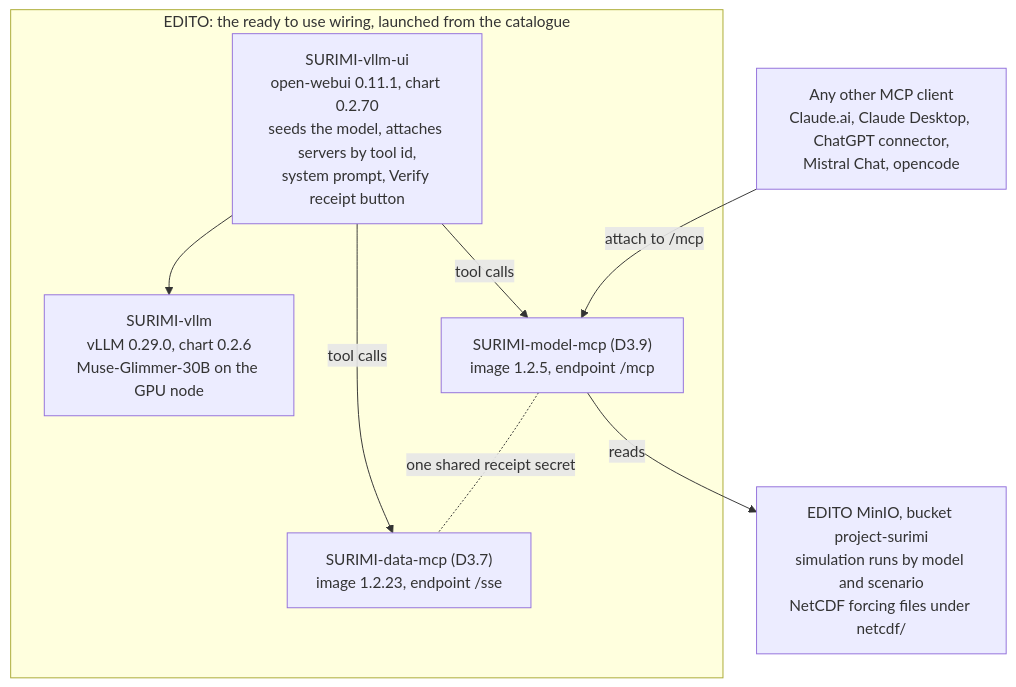
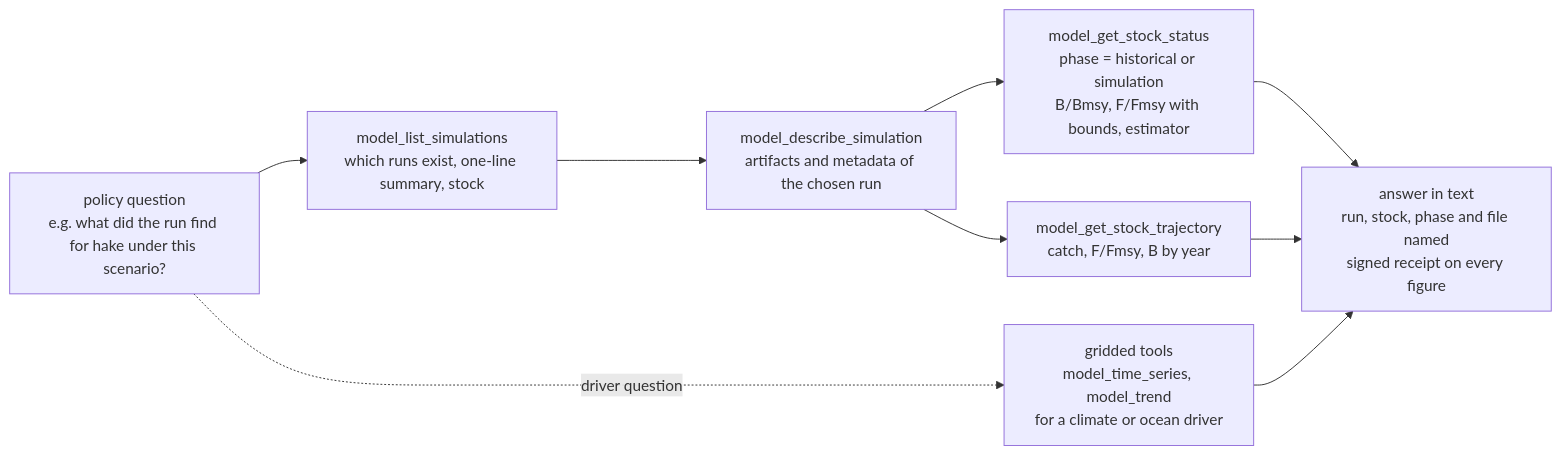
One commit to SURIMI-Project/SURIMI-project changed the first of 2 diagrams in deliverables/D3.9 - NLP policy model/D3.9 - NLP policy model.md. Above: the diagram before and after it, drawn with Mermaid. The commit also changed other lines of this file and 1 other file, not shown here.

Commit message:
D3.9 rewritten from the policy side; timed-out turns stated in both

````diff
--- a/deliverables/D3.9 - NLP policy model/D3.9 - NLP policy model.md
+++ b/deliverables/D3.9 - NLP policy model/D3.9 - NLP policy model.md
@@ -40,17 +40,13 @@
 ```mermaid
-flowchart TB
-    subgraph EDITO["EDITO: the ready to use wiring, launched from the catalogue"]
-        UI["SURIMI-vllm-ui<br/>open-webui 0.11.1, chart 0.2.70<br/>seeds the model, attaches servers by tool id,<br/>system prompt, Verify receipt button"]
-        VLLM["SURIMI-vllm<br/>vLLM 0.29.0, chart 0.2.6<br/>Muse-Glimmer-30B on the GPU node"]
-        MODEL["SURIMI-model-mcp (D3.9)<br/>image 1.2.5, endpoint /mcp"]
-        DATA["SURIMI-data-mcp (D3.7)<br/>image 1.2.23, endpoint /sse"]
-        UI --> VLLM
-        UI -- "tool calls" --> MODEL
-        UI -- "tool calls" --> DATA
-        MODEL -. "one shared receipt secret" .- DATA
-    end
-    S3["EDITO MinIO, bucket project-surimi<br/>simulation runs by model and scenario<br/>NetCDF forcing files under netcdf/"]
-    MODEL -- "reads" --> S3
-    OTHER["Any other MCP client<br/>Claude.ai, Claude Desktop, ChatGPT connector,<br/>Mistral Chat, opencode"]
-    OTHER -- "attach to /mcp" --> MODEL
+flowchart LR
+    Q["policy question<br/>e.g. what did the run find for hake under this scenario?"]
+    L["model_list_simulations<br/>which runs exist, one-line summary, stock"]
+    D["model_describe_simulation<br/>artifacts and metadata of the chosen run"]
+    S["model_get_stock_status<br/>phase = historical or simulation<br/>B/Bmsy, F/Fmsy with bounds, estimator"]
+    T["model_get_stock_trajectory<br/>catch, F/Fmsy, B by year"]
+    G["gridded tools<br/>model_time_series, model_trend<br/>for a climate or ocean driver"]
+    A["answer in text<br/>run, stock, phase and file named<br/>signed receipt on every figure"]
+    Q --> L --> D --> S --> A
+    D --> T --> A
+    Q -. "driver question" .-> G --> A
 ```
````
